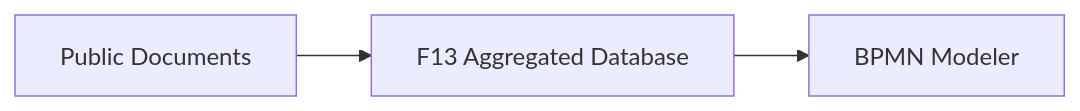
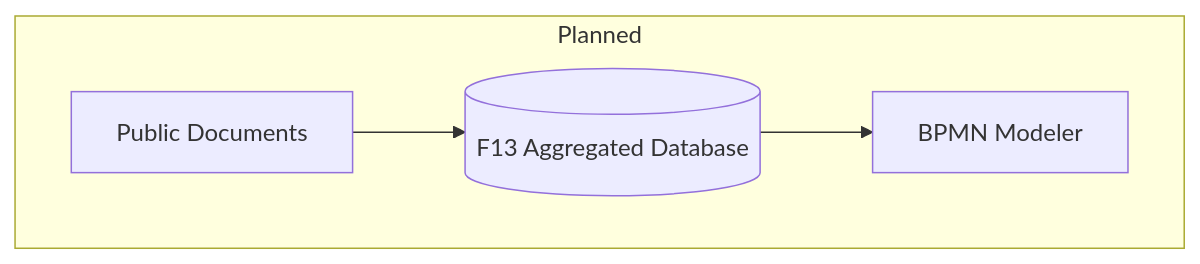
The first of 4 diagrams in demo/openflow-presentation/slides.md (vensas/govtech-hackathon-2025-openflow), drawn with Mermaid before and after one commit. The commit also changed other lines of this file and 3 other files, not shown here.

````diff
--- a/demo/openflow-presentation/slides.md
+++ b/demo/openflow-presentation/slides.md
@@ -110,9 +108,11 @@
 ```mermaid
-flowchart LR
-    A[Public Documents]
-    B[F13 Aggregated Database]
-    C[BPMN Modeler]
+flowchart
+    subgraph Planned
+      A[Public Documents]
+      B[(F13 Aggregated Database)]
+      C[BPMN Modeler]
+    end
 
     A --> B
     B --> C
 ```
````
